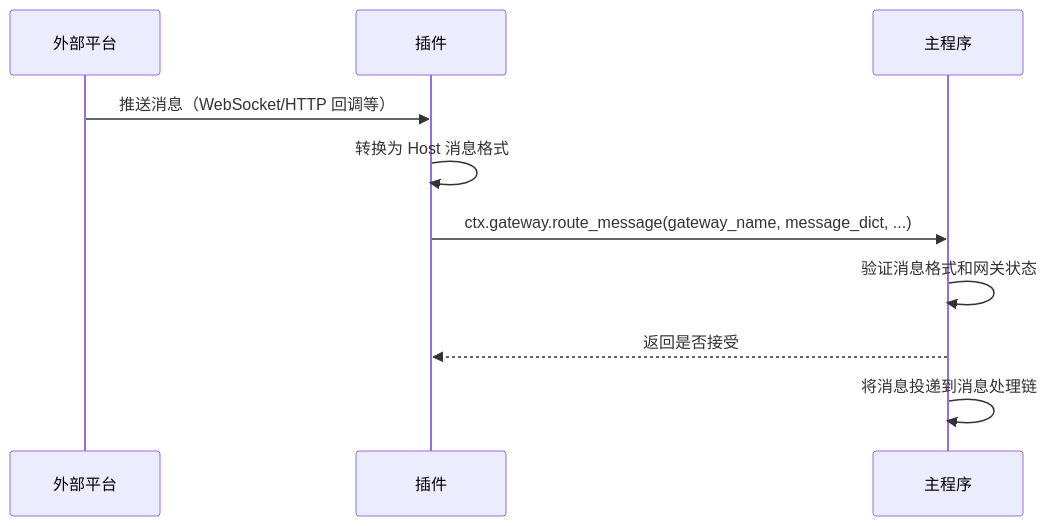
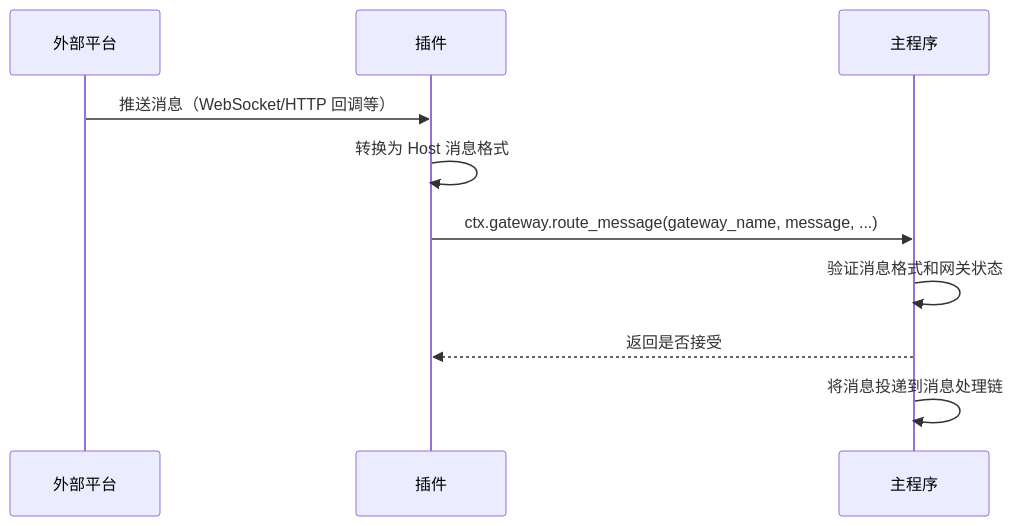
Before and after one commit to Mai-with-u/docs: the second of 3 diagrams in en/plugin/message-gateway.md, drawn with Mermaid. The commit also changed other lines of this file and 169 other files, not shown here.

````diff
--- a/en/plugin/message-gateway.md
+++ b/en/plugin/message-gateway.md
@@ -269,13 +269,13 @@
 ```mermaid
 sequenceDiagram
     participant Platform as 外部平台
     participant Plugin as 插件
     participant Host as 主程序
 
     Platform->>Plugin: 推送消息（WebSocket/HTTP 回调等）
     Plugin->>Plugin: 转换为 Host 消息格式
-    Plugin->>Host: ctx.gateway.route_message(gateway_name, message_dict, ...)
+    Plugin->>Host: ctx.gateway.route_message(gateway_name, message, ...)
     Host->>Host: 验证消息格式和网关状态
     Host-->>Plugin: 返回是否接受
     Host->>Host: 将消息投递到消息处理链
 ```
````
